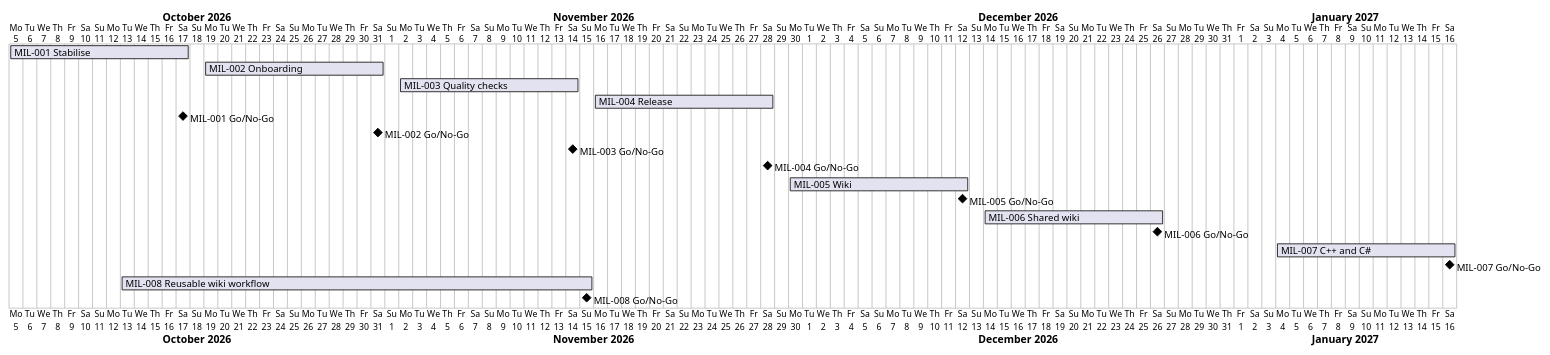
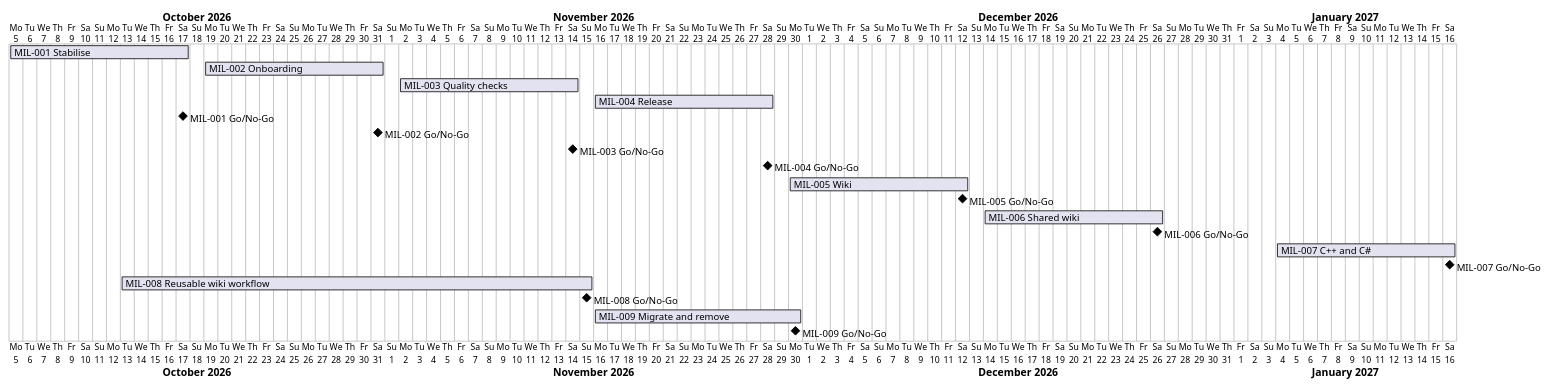
The diagram in docs/project-plan.md (TirSystem/git-workflows), drawn with PlantUML before and after one commit. The commit also changed other lines of this file and 3 other files, not shown here.

````diff
--- a/docs/project-plan.md
+++ b/docs/project-plan.md
@@ -42,21 +43,23 @@
 ```plantuml
 @startgantt
 Project starts 2026-10-05
 [MIL-001 Stabilise] starts 2026-10-05 and ends 2026-10-17
 [MIL-002 Onboarding] starts 2026-10-19 and ends 2026-10-31
 [MIL-003 Quality checks] starts 2026-11-02 and ends 2026-11-14
 [MIL-004 Release] starts 2026-11-16 and ends 2026-11-28
 [MIL-001 Go/No-Go] happens 2026-10-17
 [MIL-002 Go/No-Go] happens 2026-10-31
 [MIL-003 Go/No-Go] happens 2026-11-14
 [MIL-004 Go/No-Go] happens 2026-11-28
 [MIL-005 Wiki] starts 2026-11-30 and ends 2026-12-12
 [MIL-005 Go/No-Go] happens 2026-12-12
 [MIL-006 Shared wiki] starts 2026-12-14 and ends 2026-12-26
 [MIL-006 Go/No-Go] happens 2026-12-26
 [MIL-007 C++ and C#] starts 2027-01-04 and ends 2027-01-16
 [MIL-007 Go/No-Go] happens 2027-01-16
 [MIL-008 Reusable wiki workflow] starts 2026-10-13 and ends 2026-11-15
 [MIL-008 Go/No-Go] happens 2026-11-15
+[MIL-009 Migrate and remove] starts 2026-11-16 and ends 2026-11-30
+[MIL-009 Go/No-Go] happens 2026-11-30
 @endgantt
 ```
````
